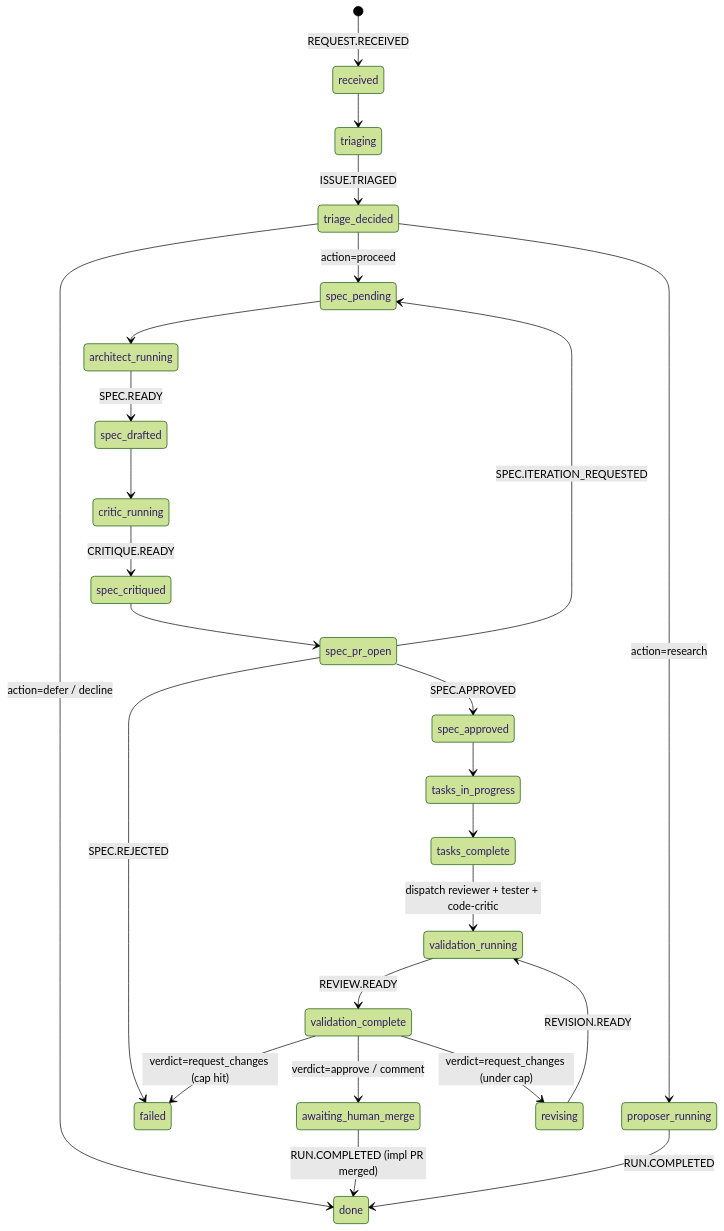
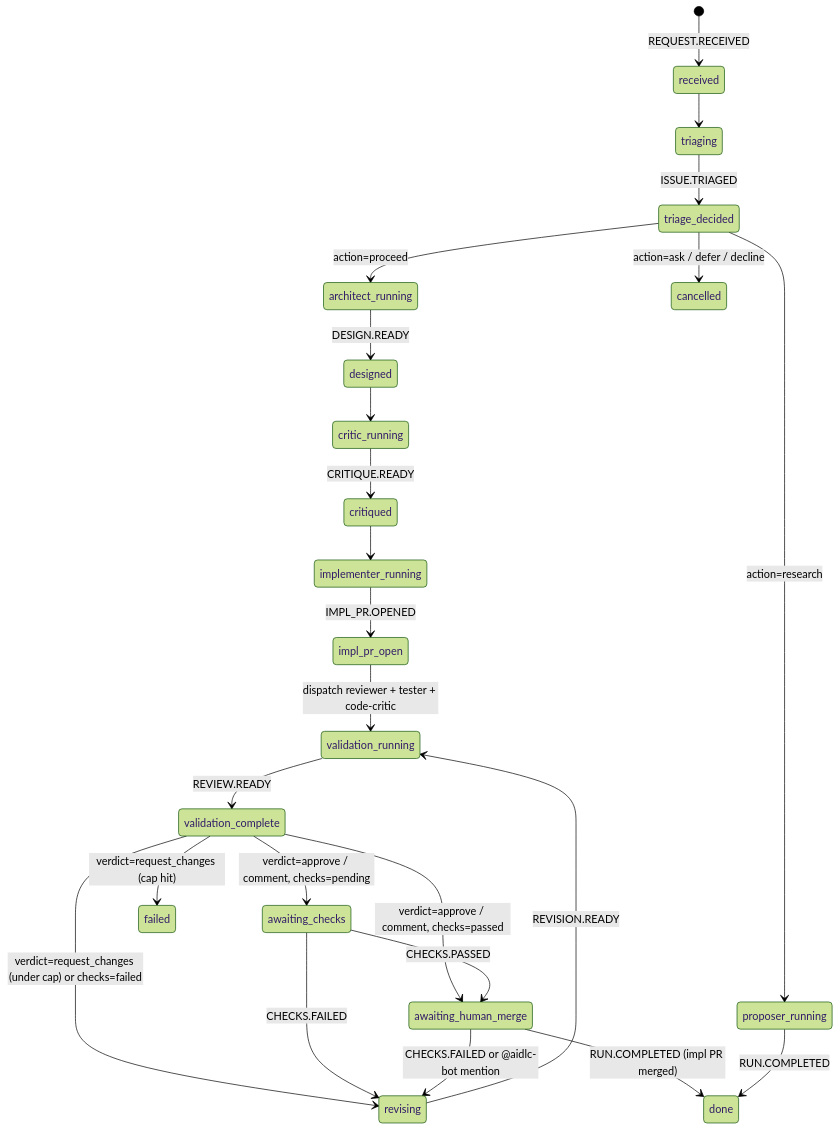
One commit to smoketurner/ai-dlc changed the diagram in AGENTS.md. Above: the diagram before and after it, drawn with Mermaid (forest theme). The commit also changed other lines of this file and 123 other files, not shown here.

First line of the commit message:
refactor: consolidate spec/task workflow into single impl PR per issue (#67)

````diff
--- a/AGENTS.md
+++ b/AGENTS.md
@@ -63,31 +62,29 @@
 ```mermaid
 stateDiagram-v2
     [*] --> received: REQUEST.RECEIVED
     received --> triaging
     triaging --> triage_decided: ISSUE.TRIAGED
 
-    triage_decided --> spec_pending: action=proceed
+    triage_decided --> architect_running: action=proceed
     triage_decided --> proposer_running: action=research
-    triage_decided --> done: action=defer / decline
+    triage_decided --> cancelled: action=ask / defer / decline
 
-    spec_pending --> architect_running
-    architect_running --> spec_drafted: SPEC.READY
-    spec_drafted --> critic_running
-    critic_running --> spec_critiqued: CRITIQUE.READY
-    spec_critiqued --> spec_pr_open
-    spec_pr_open --> spec_approved: SPEC.APPROVED
-    spec_pr_open --> spec_pending: SPEC.ITERATION_REQUESTED
-    spec_pr_open --> failed: SPEC.REJECTED
-
-    spec_approved --> tasks_in_progress
-    tasks_in_progress --> tasks_complete
-    tasks_complete --> validation_running: dispatch reviewer + tester + code-critic
+    architect_running --> designed: DESIGN.READY
+    designed --> critic_running
+    critic_running --> critiqued: CRITIQUE.READY
+    critiqued --> implementer_running
+    implementer_running --> impl_pr_open: IMPL_PR.OPENED
+    impl_pr_open --> validation_running: dispatch reviewer + tester + code-critic
     validation_running --> validation_complete: REVIEW.READY
-    validation_complete --> awaiting_human_merge: verdict=approve / comment
-    validation_complete --> revising: verdict=request_changes (under cap)
+    validation_complete --> awaiting_checks: verdict=approve / comment, checks=pending
+    validation_complete --> awaiting_human_merge: verdict=approve / comment, checks=passed
+    validation_complete --> revising: verdict=request_changes (under cap) or checks=failed
     validation_complete --> failed: verdict=request_changes (cap hit)
+    awaiting_checks --> awaiting_human_merge: CHECKS.PASSED
+    awaiting_checks --> revising: CHECKS.FAILED
+    awaiting_human_merge --> revising: CHECKS.FAILED or @aidlc-bot mention
+    awaiting_human_merge --> done: RUN.COMPLETED (impl PR merged)
     revising --> validation_running: REVISION.READY
-    awaiting_human_merge --> done: RUN.COMPLETED (impl PR merged)
 
     proposer_running --> done: RUN.COMPLETED
 ```
````
